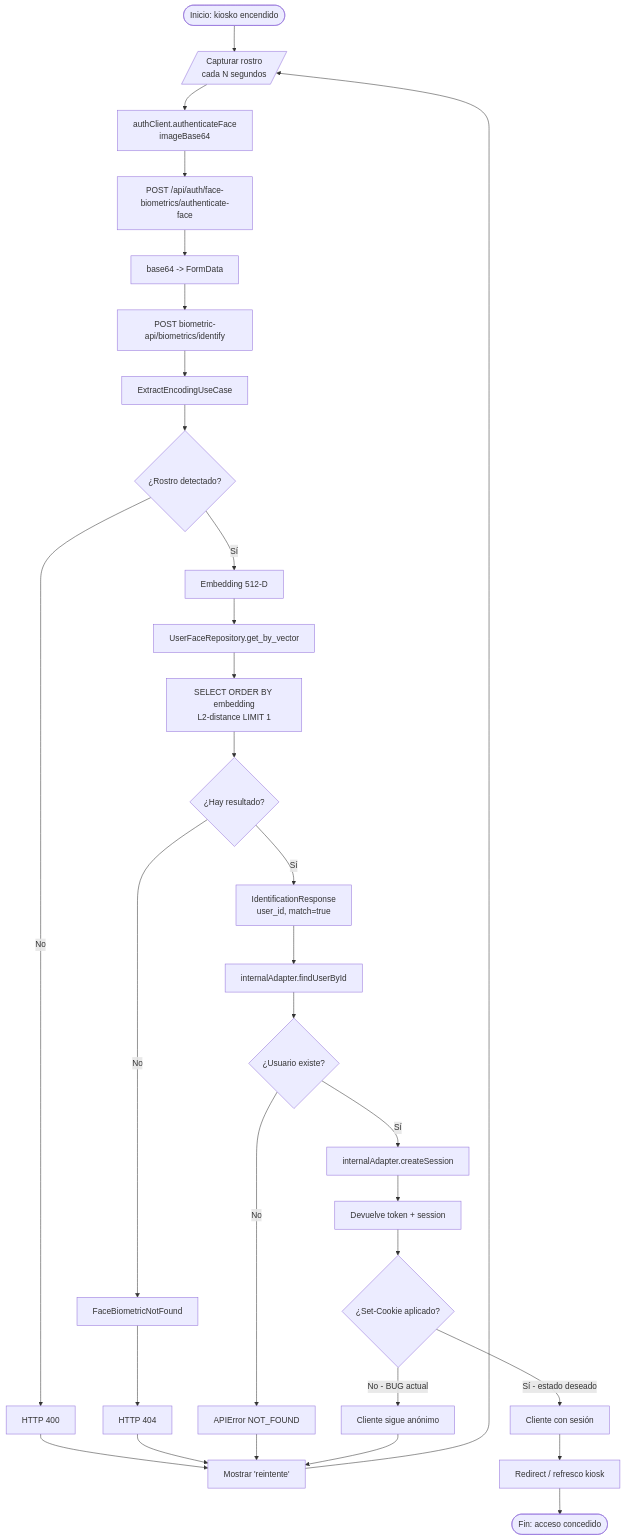
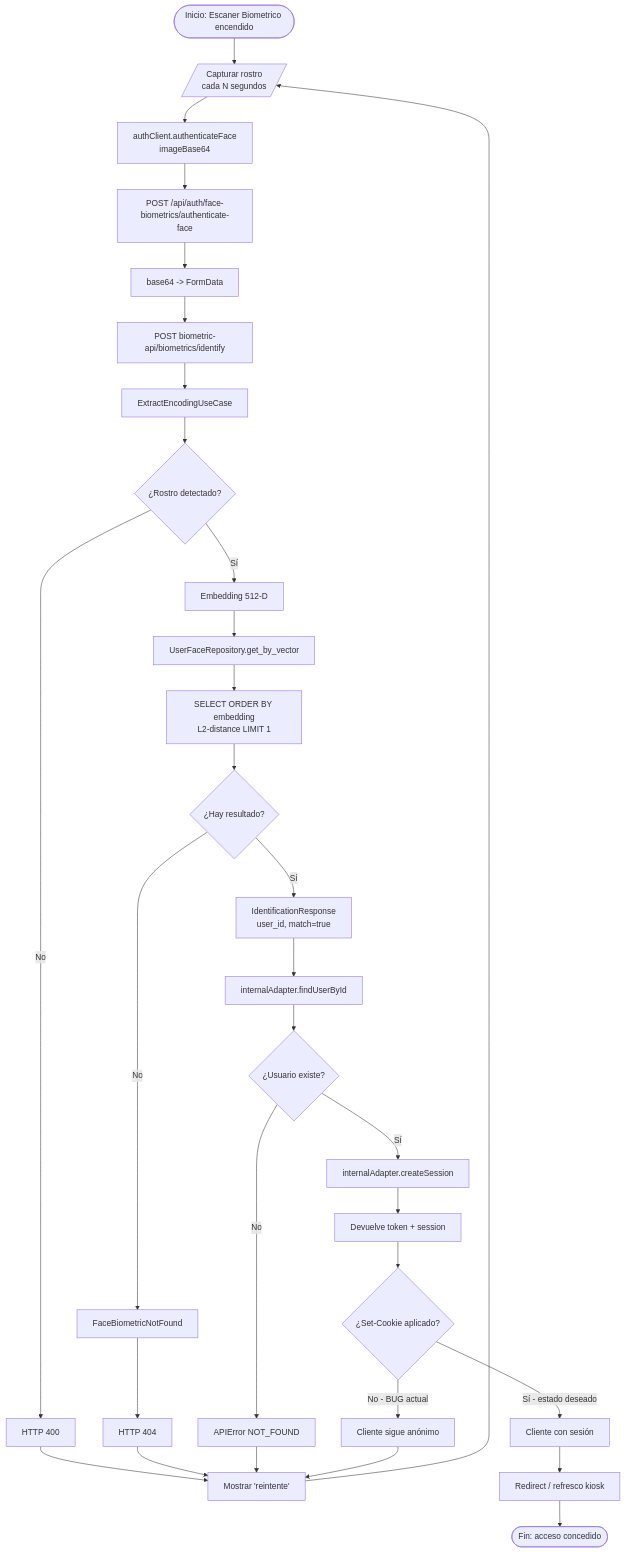
One commit to Indroic/access-control-system changed the fifth of 9 diagrams in docs/diagramas/02-flujos.md. Above: the diagram before and after it, drawn with Mermaid. The commit also changed 11 other files, not shown here.

Commit message:
cambio de nombre de kiosko a Escaner Biometrico

````diff
--- a/docs/diagramas/02-flujos.md
+++ b/docs/diagramas/02-flujos.md
@@ -107,29 +107,29 @@
 ```mermaid
 flowchart TD
-    A([Inicio: kiosko encendido]) --> B[/Capturar rostro<br/>cada N segundos/]
+    A([Inicio: Escaner Biometrico encendido]) --> B[/Capturar rostro<br/>cada N segundos/]
     B --> C[authClient.authenticateFace<br/>imageBase64]
     C --> D[POST /api/auth/face-biometrics/authenticate-face]
     D --> E[base64 -> FormData]
     E --> F[POST biometric-api/biometrics/identify]
     F --> G[ExtractEncodingUseCase]
     G --> H{¿Rostro detectado?}
     H -->|No| H1[HTTP 400] --> X[Mostrar 'reintente']
     H -->|Sí| I[Embedding 512-D]
     I --> J[UserFaceRepository.get_by_vector]
     J --> K[SELECT ORDER BY embedding<br/>L2-distance LIMIT 1]
     K --> L{¿Hay resultado?}
     L -->|No| L1[FaceBiometricNotFound]
     L1 --> L2[HTTP 404] --> X
     L -->|Sí| M[IdentificationResponse<br/>user_id, match=true]
     M --> N[internalAdapter.findUserById]
     N --> O{¿Usuario existe?}
     O -->|No| O1[APIError NOT_FOUND] --> X
     O -->|Sí| P[internalAdapter.createSession]
     P --> Q[Devuelve token + session]
     Q --> R{¿Set-Cookie aplicado?}
     R -->|No - BUG actual| R1[Cliente sigue anónimo] --> X
     R -->|Sí - estado deseado| S[Cliente con sesión]
     S --> T[Redirect / refresco kiosk]
     T --> Z([Fin: acceso concedido])
     X --> B
 ```
````
